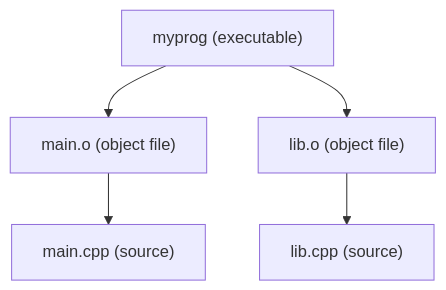
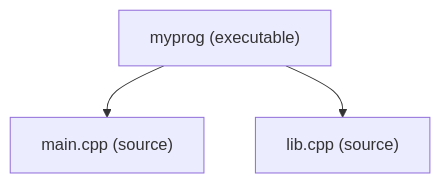
Before and after one commit to ManiAm/primer-build-tools: the diagram in docs/02_gnu_make.md, drawn with Mermaid. The commit also changed other lines of this file and 5 other files, not shown here.

````diff
--- a/docs/02_gnu_make.md
+++ b/docs/02_gnu_make.md
@@ -147,13 +145,9 @@
 ```mermaid
 graph TD
     myprog["myprog (executable)"]
-    main_o["main.o (object file)"]
-    lib_o["lib.o (object file)"]
     main_cpp["main.cpp (source)"]
     lib_cpp["lib.cpp (source)"]
 
-    myprog --> main_o
-    myprog --> lib_o
-    main_o --> main_cpp
-    lib_o --> lib_cpp
+    myprog --> main_cpp
+    myprog --> lib_cpp
 ```
````
